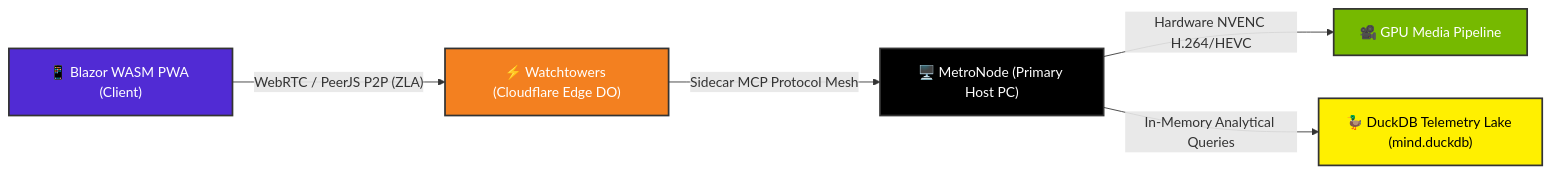
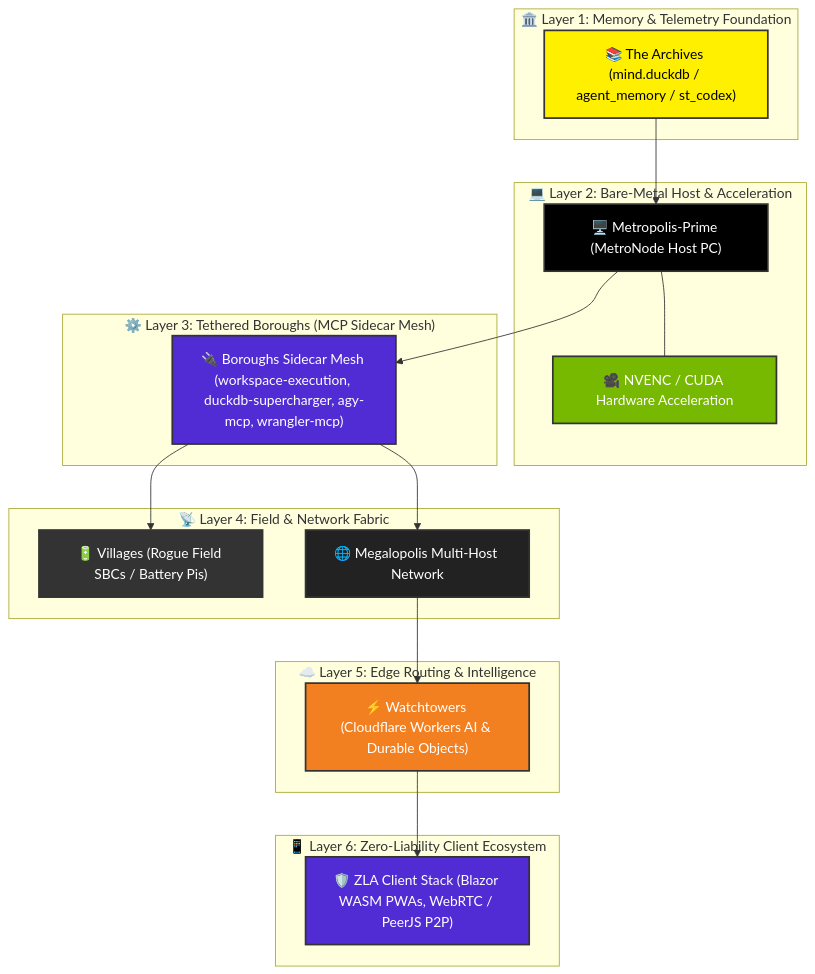
One commit to yavru421/dondlingergc.github.io changed the diagram in README.md. Above: the diagram before and after it, drawn with Mermaid. The commit also changed other lines of this file, not shown here.

Commit message:
feat: upgrade architecture visualization to full bottom-to-top Metropolis Infrastructure Topology Map

````diff
--- a/README.md
+++ b/README.md
@@ -21,13 +21,45 @@
 ```mermaid
-flowchart LR
-    A["📱 Blazor WASM PWA (Client)"] -->|"WebRTC / PeerJS P2P (ZLA)"| B["⚡ Watchtowers (Cloudflare Edge DO)"]
-    B -->|"Sidecar MCP Protocol Mesh"| C["🖥️ MetroNode (Primary Host PC)"]
-    C -->|"Hardware NVENC H.264/HEVC"| D["🎥 GPU Media Pipeline"]
-    C -->|"In-Memory Analytical Queries"| E["🦆 DuckDB Telemetry Lake (mind.duckdb)"]
+flowchart TD
+    subgraph L1["🏛️ Layer 1: Memory & Telemetry Foundation"]
+        Archives["📚 The Archives (mind.duckdb / agent_memory / st_codex)"]
+    end
 
-    style A fill:#512BD4,color:#fff,stroke:#333,stroke-width:2px
-    style B fill:#F38020,color:#fff,stroke:#333,stroke-width:2px
-    style C fill:#000000,color:#fff,stroke:#333,stroke-width:2px
-    style D fill:#76B900,color:#fff,stroke:#333,stroke-width:2px
-    style E fill:#FFF000,color:#000,stroke:#333,stroke-width:2px
+    subgraph L2["💻 Layer 2: Bare-Metal Host & Acceleration"]
+        MetroNode["🖥️ Metropolis-Prime (MetroNode Host PC)"]
+        GPU["🎥 NVENC / CUDA Hardware Acceleration"]
+        MetroNode --- GPU
+    end
+
+    subgraph L3["⚙️ Layer 3: Tethered Boroughs (MCP Sidecar Mesh)"]
+        Boroughs["🔌 Boroughs Sidecar Mesh (workspace-execution, duckdb-supercharger, agy-mcp, wrangler-mcp)"]
+    end
+
+    subgraph L4["📡 Layer 4: Field & Network Fabric"]
+        Villages["🔋 Villages (Rogue Field SBCs / Battery Pis)"]
+        Megalopolis["🌐 Megalopolis Multi-Host Network"]
+    end
+
+    subgraph L5["☁️ Layer 5: Edge Routing & Intelligence"]
+        Watchtowers["⚡ Watchtowers (Cloudflare Workers AI & Durable Objects)"]
+    end
+
+    subgraph L6["📱 Layer 6: Zero-Liability Client Ecosystem"]
+        ZLA["🛡️ ZLA Client Stack (Blazor WASM PWAs, WebRTC / PeerJS P2P)"]
+    end
+
+    Archives --> MetroNode
+    MetroNode --> Boroughs
+    Boroughs --> Villages
+    Boroughs --> Megalopolis
+    Megalopolis --> Watchtowers
+    Watchtowers --> ZLA
+
+    style Archives fill:#FFF000,color:#000,stroke:#333,stroke-width:2px
+    style MetroNode fill:#000000,color:#fff,stroke:#333,stroke-width:2px
+    style GPU fill:#76B900,color:#fff,stroke:#333,stroke-width:2px
+    style Boroughs fill:#512BD4,color:#fff,stroke:#333,stroke-width:2px
+    style Villages fill:#333333,color:#fff,stroke:#333,stroke-width:2px
+    style Megalopolis fill:#222222,color:#fff,stroke:#333,stroke-width:2px
+    style Watchtowers fill:#F38020,color:#fff,stroke:#333,stroke-width:2px
+    style ZLA fill:#512BD4,color:#fff,stroke:#333,stroke-width:2px
 ```
````
